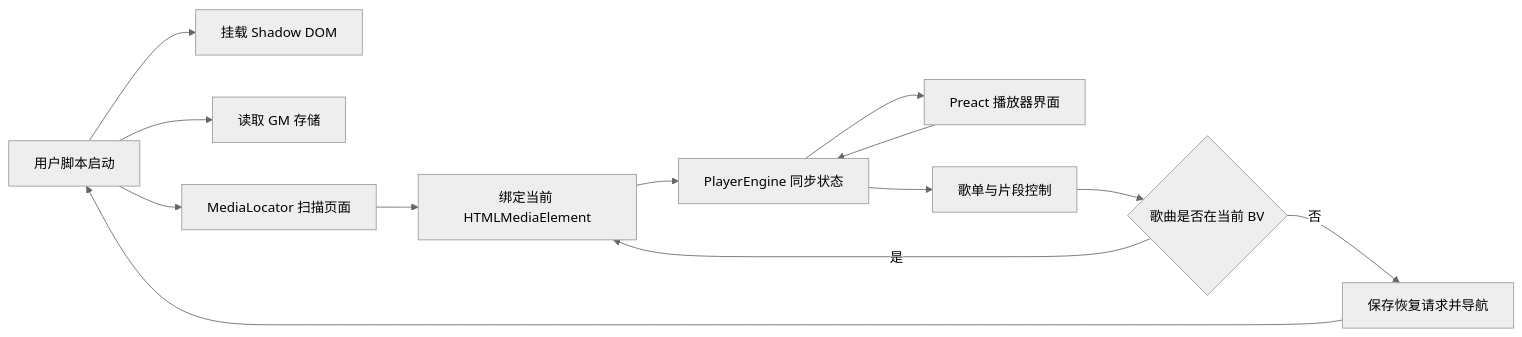
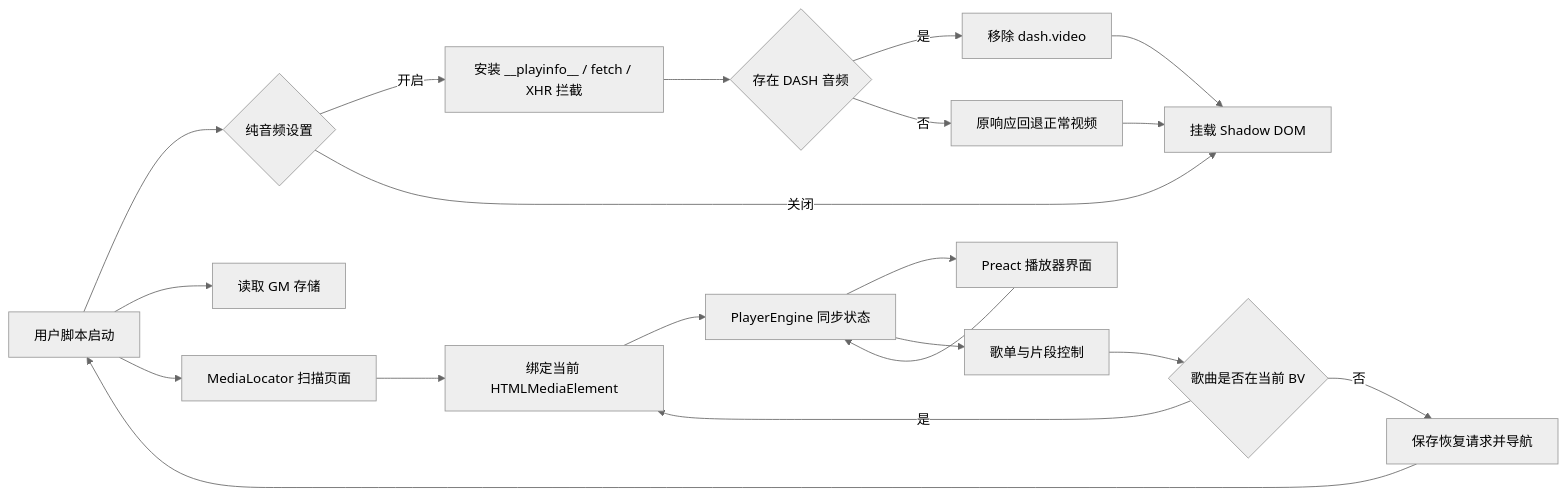
The diagram in docs/architecture.md (Korltex/BilibiliMusicPlayer), drawn with Mermaid (neutral theme) before and after one commit. The commit also changed other lines of this file and 15 other files, not shown here.

````diff
--- a/docs/architecture.md
+++ b/docs/architecture.md
@@ -31,15 +31,22 @@
 ```mermaid
 flowchart LR
-    A["用户脚本启动"] --> B["挂载 Shadow DOM"]
+    A["用户脚本启动"] --> K{"纯音频设置"}
+    K -- 开启 --> L["安装 __playinfo__ / fetch / XHR 拦截"]
+    K -- 关闭 --> B["挂载 Shadow DOM"]
+    L --> M{"存在 DASH 音频"}
+    M -- 是 --> N["移除 dash.video"]
+    M -- 否 --> O["原响应回退正常视频"]
+    N --> B
+    O --> B
     A --> C["读取 GM 存储"]
     A --> D["MediaLocator 扫描页面"]
     D --> E["绑定当前 HTMLMediaElement"]
     E --> F["PlayerEngine 同步状态"]
     F --> G["Preact 播放器界面"]
     G --> F
     F --> H["歌单与片段控制"]
     H --> I{"歌曲是否在当前 BV"}
     I -- 是 --> E
     I -- 否 --> J["保存恢复请求并导航"]
     J --> A
 ```
````
